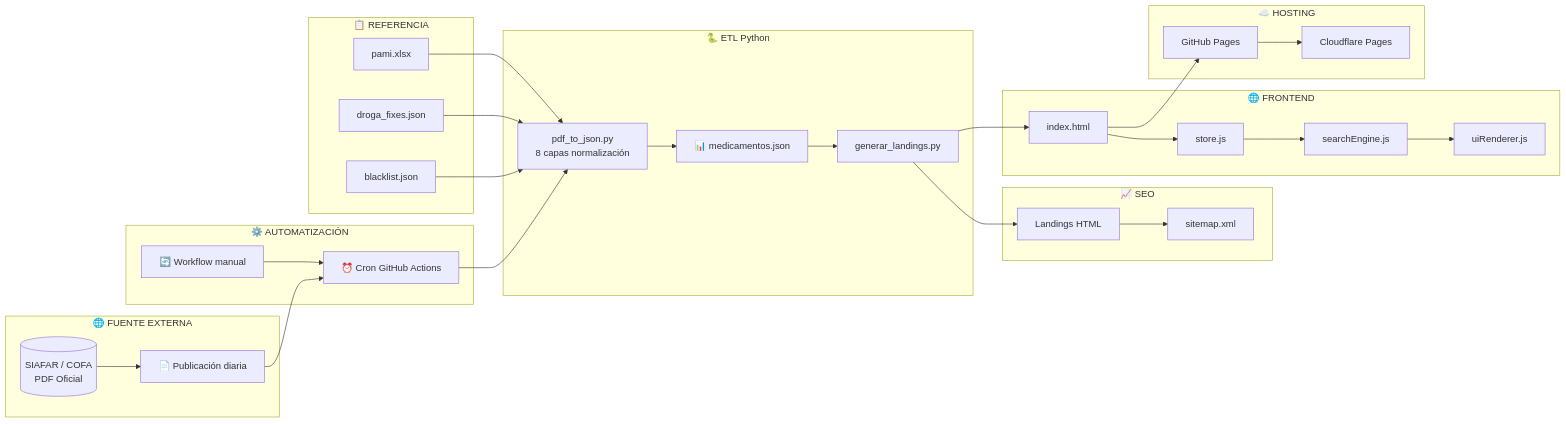
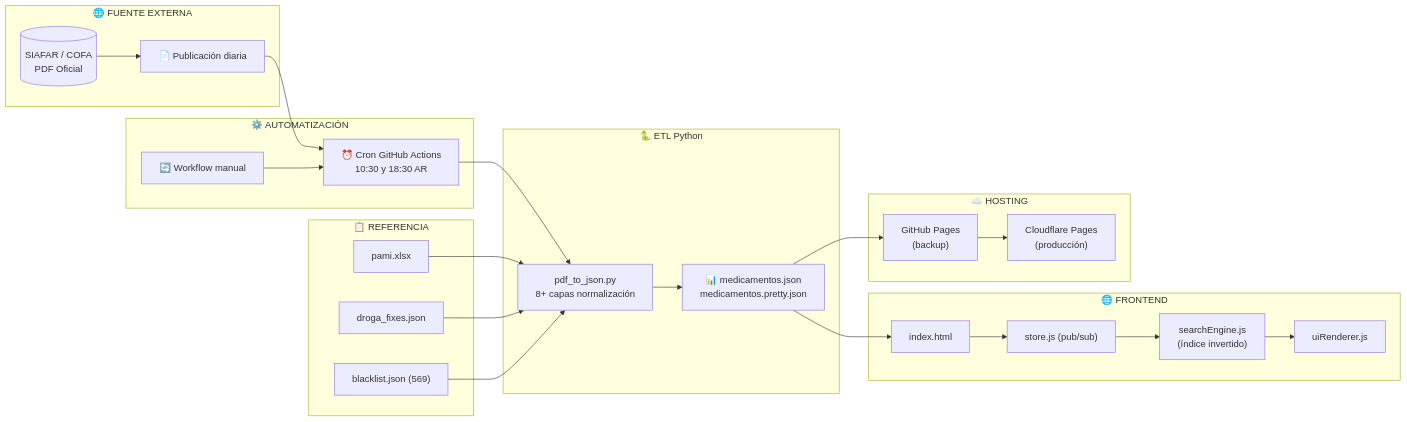
The third of 9 diagrams in README.md (psbella/remediar), drawn with Mermaid before and after one commit. The commit also changed other lines of this file, not shown here.

````diff
--- a/README.md
+++ b/README.md
@@ -524,60 +509,51 @@
 ```mermaid
 flowchart LR
 
     subgraph ONE["🌐 FUENTE EXTERNA"]
         A[("SIAFAR / COFA\nPDF Oficial")]
         B["📄 Publicación diaria"]
     end
 
     subgraph TWO["⚙️ AUTOMATIZACIÓN"]
-        C["⏰ Cron GitHub Actions"]
+        C["⏰ Cron GitHub Actions\n10:30 y 18:30 AR"]
         D["🔄 Workflow manual"]
     end
 
     subgraph THREE["🐍 ETL Python"]
-        E["pdf_to_json.py\n8 capas normalización"]
-        F["generar_landings.py"]
-        G["📊 medicamentos.json"]
+        E["pdf_to_json.py\n8+ capas normalización"]
+        G["📊 medicamentos.json\nmedicamentos.pretty.json"]
     end
 
     subgraph REF["📋 REFERENCIA"]
         H["pami.xlsx"]
         I["droga_fixes.json"]
-        J["blacklist.json"]
+        J["blacklist.json (569)"]
     end
 
     subgraph FIVE["🌐 FRONTEND"]
         K["index.html"]
-        L["store.js"]
-        M["searchEngine.js"]
+        L["store.js (pub/sub)"]
+        M["searchEngine.js\n(índice invertido)"]
         N["uiRenderer.js"]
     end
 
-    subgraph SIX["📈 SEO"]
-        O["Landings HTML"]
-        P["sitemap.xml"]
-    end
-
     subgraph SEVEN["☁️ HOSTING"]
-        Q["GitHub Pages"]
-        R["Cloudflare Pages"]
+        Q["GitHub Pages\n(backup)"]
+        R["Cloudflare Pages\n(producción)"]
     end
 
     A --> B
     B --> C
     D --> C
     C --> E
     H --> E
     I --> E
     J --> E
     E --> G
-    G --> F
-    F --> O
-    F --> K
+    G --> K
     K --> L
     L --> M
     M --> N
-    O --> P
-    K --> Q
+    G --> Q
     Q --> R
 ```
````
